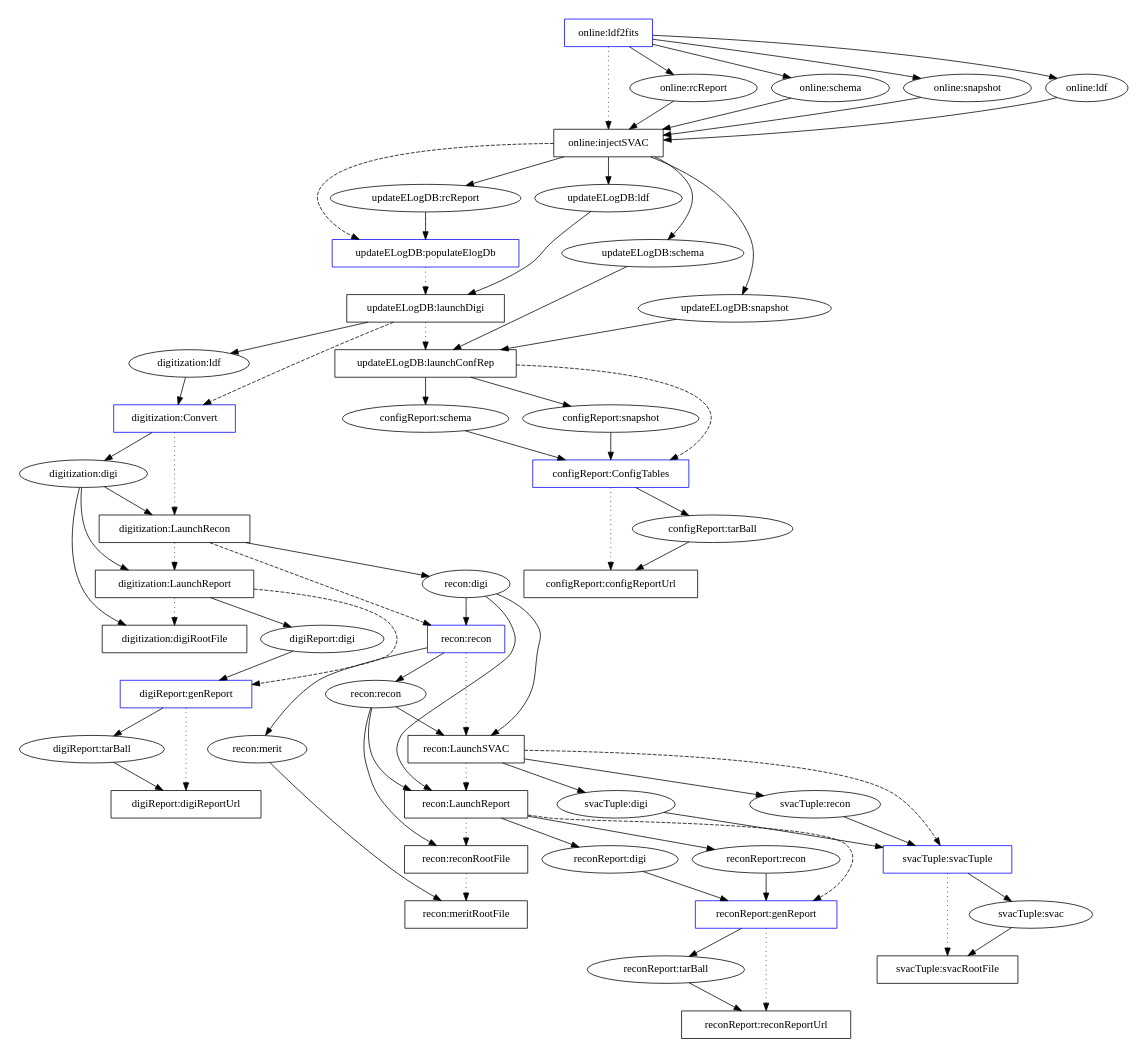
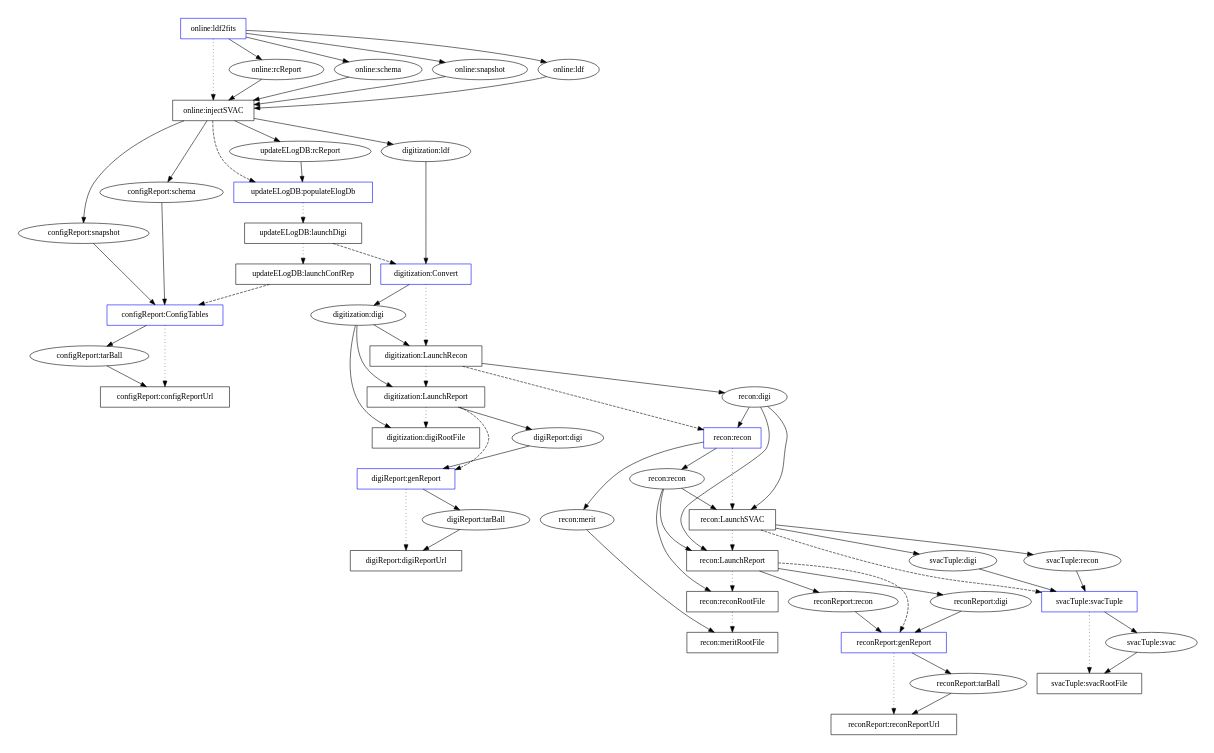
One commit to fermi-lat/svac changed the diagram in svacPipeline/doc/newlaunch-EM2-v1r0.dot. Above: the diagram before and after it, drawn with Graphviz.

Commit message:
Partial update of new launch implementation graph.  Mostly doing this commit to try to debug a locking problem w/ CVS.

```diff
--- a/svacPipeline/doc/newlaunch-EM2-v1r0.dot
+++ b/svacPipeline/doc/newlaunch-EM2-v1r0.dot
@@ -1,194 +1,194 @@
 digraph iAndTPipeline {
 
 #rotate=90;
 size="7.5,6.5";
 
 #### task processes
 node [shape=box];
 ####
 online_ldf2fits_tp [label="online:ldf2fits",color=blue];
 online_injectSVAC_tp [label="online:injectSVAC"];
 #
 updateELogDB_populateElogDb_tp [label="updateELogDB:populateElogDb",color=blue];
 updateELogDB_launchDigi_tp [label="updateELogDB:launchDigi"];
 updateELogDB_launchConfRep_tp [label="updateELogDB:launchConfRep"];
 #
 configReport_ConfigTables_tp [label="configReport:ConfigTables",color=blue];
 configReport_configReportUrl_tp [label="configReport:configReportUrl"];
 #
 digitization_Convert_tp [label="digitization:Convert",color=blue];
 digitization_LaunchRecon_tp [label="digitization:LaunchRecon"];
 digitization_LaunchReport_tp [label="digitization:LaunchReport "];
 digitization_digiRootFile_tp [label="digitization:digiRootFile"];
 #
 digiReport_genReport_tp [label="digiReport:genReport",color=blue];
 digiReport_digiReportUrl_tp [label="digiReport:digiReportUrl"];
 #
 recon_recon_tp [label="recon:recon",color=blue];
 recon_LaunchSVAC_tp [label="recon:LaunchSVAC"];
 recon_LaunchReport_tp [label="recon:LaunchReport"];
 recon_reconRootFile_tp [label="recon:reconRootFile"];
 recon_meritRootFile_tp [label="recon:meritRootFile"];
 #
 reconReport_genReport_tp [label="reconReport:genReport",color=blue];
 reconReport_reconReportUrl_tp [label="reconReport:reconReportUrl"];
 #
 svacTuple_svacTuple_tp [label="svacTuple:svacTuple ",color=blue];
 svacTuple_svacRootFile_tp [label="svacTuple:svacRootFile"];
 
 #### datasets
 node [shape=ellipse];
 ####
 online_rcReport_ds [label="online:rcReport"];
 updateELogDB_rcReport_ds [label="updateELogDB:rcReport"];
 online_schema_ds [label="online:schema"];
-updateELogDB_schema_ds [label="updateELogDB:schema"];
+#updateELogDB_schema_ds [label="updateELogDB:schema"];
 configReport_schema_ds [label="configReport:schema"];
 online_snapshot_ds [label="online:snapshot"];
-updateELogDB_snapshot_ds [label="updateELogDB:snapshot"];
+#updateELogDB_snapshot_ds [label="updateELogDB:snapshot"];
 configReport_snapshot_ds [label="configReport:snapshot"];
 online_ldf_ds [label="online:ldf"];
-updateELogDB_ldf_ds [label="updateELogDB:ldf"];
+#updateELogDB_ldf_ds [label="updateELogDB:ldf"];
 digitization_ldf_ds [label="digitization:ldf"];
 #
 configReport_tarBall_ds [label="configReport:tarBall"];
 #
 digitization_digi_ds [label="digitization:digi"];
 recon_digi_ds [label="recon:digi"];
 digiReport_digi_ds [label="digiReport:digi"];
 svacTuple_digi_ds [label="svacTuple:digi"];
 reconReport_digi_ds [label="reconReport:digi"];
 #
 digiReport_tarBall_ds [label="digiReport:tarBall"];
 #
 recon_recon_ds [label="recon:recon"];
 svacTuple_recon_ds [label="svacTuple:recon"];
 reconReport_recon_ds [label="reconReport:recon"];
 recon_merit_ds [label="recon:merit"];
 #
 reconReport_tarBall_ds [label="reconReport:tarBall"];
 #
 svacTuple_svac_ds [label="svacTuple:svac"];
 
 #### TP -> DS links
 edge [weight=10];
 ####
 online_ldf2fits_tp -> online_rcReport_ds;
 online_ldf2fits_tp -> online_schema_ds;
 online_ldf2fits_tp -> online_snapshot_ds;
 online_ldf2fits_tp -> online_ldf_ds;
 #
 online_rcReport_ds -> online_injectSVAC_tp;
 online_schema_ds -> online_injectSVAC_tp;
 online_snapshot_ds -> online_injectSVAC_tp;
 online_ldf_ds -> online_injectSVAC_tp;
 #
 online_injectSVAC_tp -> updateELogDB_rcReport_ds;
-online_injectSVAC_tp -> updateELogDB_schema_ds;
-online_injectSVAC_tp -> updateELogDB_snapshot_ds;
-online_injectSVAC_tp -> updateELogDB_ldf_ds;
+online_injectSVAC_tp -> configReport_schema_ds;
+online_injectSVAC_tp -> configReport_snapshot_ds;
+online_injectSVAC_tp -> digitization_ldf_ds;
 
 updateELogDB_rcReport_ds -> updateELogDB_populateElogDb_tp;
 #
-updateELogDB_ldf_ds -> updateELogDB_launchDigi_tp;
-updateELogDB_launchDigi_tp -> digitization_ldf_ds;
+#updateELogDB_ldf_ds -> updateELogDB_launchDigi_tp;
+#updateELogDB_launchDigi_tp -> digitization_ldf_ds;
 #
-updateELogDB_schema_ds -> updateELogDB_launchConfRep_tp;
-updateELogDB_snapshot_ds -> updateELogDB_launchConfRep_tp;
-updateELogDB_launchConfRep_tp -> configReport_schema_ds;
-updateELogDB_launchConfRep_tp -> configReport_snapshot_ds;
+#updateELogDB_schema_ds -> updateELogDB_launchConfRep_tp;
+#updateELogDB_snapshot_ds -> updateELogDB_launchConfRep_tp;
+#updateELogDB_launchConfRep_tp -> configReport_schema_ds;
+#updateELogDB_launchConfRep_tp -> configReport_snapshot_ds;
 
 configReport_schema_ds -> configReport_ConfigTables_tp;
 configReport_snapshot_ds -> configReport_ConfigTables_tp;
 configReport_ConfigTables_tp -> configReport_tarBall_ds;
 #
 configReport_tarBall_ds -> configReport_configReportUrl_tp;
 
 digitization_ldf_ds -> digitization_Convert_tp;
 digitization_Convert_tp -> digitization_digi_ds;
 #
 digitization_digi_ds -> digitization_LaunchRecon_tp;
 digitization_LaunchRecon_tp -> recon_digi_ds;
 #
 digitization_digi_ds -> digitization_LaunchReport_tp;
 digitization_LaunchReport_tp -> digiReport_digi_ds;
 #
 digitization_digi_ds -> digitization_digiRootFile_tp;
 
 digiReport_digi_ds -> digiReport_genReport_tp;
 digiReport_genReport_tp -> digiReport_tarBall_ds;
 #
 digiReport_tarBall_ds -> digiReport_digiReportUrl_tp;
 
 recon_digi_ds -> recon_recon_tp;
 recon_recon_tp -> recon_recon_ds;
 recon_recon_tp -> recon_merit_ds;
 #
 recon_recon_ds -> recon_LaunchSVAC_tp;
 recon_digi_ds -> recon_LaunchSVAC_tp;
 recon_LaunchSVAC_tp -> svacTuple_recon_ds;
 recon_LaunchSVAC_tp -> svacTuple_digi_ds;
 #
 recon_recon_ds -> recon_LaunchReport_tp;
 recon_digi_ds -> recon_LaunchReport_tp;
 recon_LaunchReport_tp -> reconReport_recon_ds;
 recon_LaunchReport_tp -> reconReport_digi_ds;
 #
 recon_recon_ds -> recon_reconRootFile_tp;
 #
 recon_merit_ds -> recon_meritRootFile_tp;
 
 reconReport_digi_ds -> reconReport_genReport_tp;
 reconReport_recon_ds -> reconReport_genReport_tp;
 reconReport_genReport_tp -> reconReport_tarBall_ds;
 #
 reconReport_tarBall_ds -> reconReport_reconReportUrl_tp;
 
 svacTuple_digi_ds -> svacTuple_svacTuple_tp;
 svacTuple_recon_ds -> svacTuple_svacTuple_tp;
 svacTuple_svacTuple_tp -> svacTuple_svac_ds;
 #
 svacTuple_svac_ds -> svacTuple_svacRootFile_tp;
 
 
 #### intratask links ####
 edge [style=dotted,weight=100];
 ####
 online_ldf2fits_tp -> online_injectSVAC_tp;
 #
 updateELogDB_populateElogDb_tp -> updateELogDB_launchDigi_tp;
 updateELogDB_launchDigi_tp -> updateELogDB_launchConfRep_tp;
 #
 digitization_Convert_tp -> digitization_LaunchRecon_tp;
 digitization_LaunchRecon_tp -> digitization_LaunchReport_tp;
 digitization_LaunchReport_tp -> digitization_digiRootFile_tp;
 #
 configReport_ConfigTables_tp -> configReport_configReportUrl_tp;
 #
 recon_recon_tp -> recon_LaunchSVAC_tp;
 recon_LaunchSVAC_tp -> recon_LaunchReport_tp;
 recon_LaunchReport_tp -> recon_reconRootFile_tp;
 recon_reconRootFile_tp -> recon_meritRootFile_tp;
 #
 digiReport_genReport_tp -> digiReport_digiReportUrl_tp;
 #
 svacTuple_svacTuple_tp -> svacTuple_svacRootFile_tp;
 #
 reconReport_genReport_tp -> reconReport_reconReportUrl_tp;
 
 
 ##### intertask links #####
 edge [style=dashed,weight=1];
 ####
 online_injectSVAC_tp -> updateELogDB_populateElogDb_tp;
 #
 updateELogDB_launchDigi_tp -> digitization_Convert_tp;
 updateELogDB_launchConfRep_tp -> configReport_ConfigTables_tp;
 #
 digitization_LaunchRecon_tp -> recon_recon_tp;
 digitization_LaunchReport_tp -> digiReport_genReport_tp;
 #
 recon_LaunchSVAC_tp -> svacTuple_svacTuple_tp;
 recon_LaunchReport_tp -> reconReport_genReport_tp;
 
 }
```
